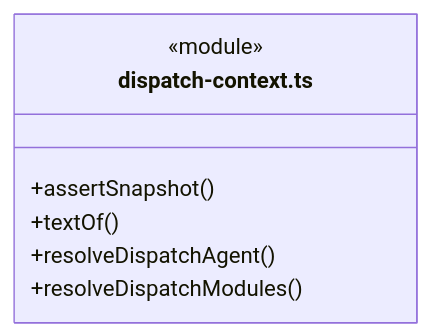
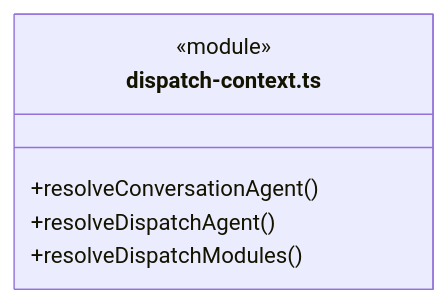
The second of 7 diagrams in src/backend/scheduler-engine/context/ARCHITECTURE.md (nan023062/cbim), drawn with Mermaid before and after one commit. The commit also changed other lines of this file and 240 other files, not shown here.

````diff
--- a/src/backend/scheduler-engine/context/ARCHITECTURE.md
+++ b/src/backend/scheduler-engine/context/ARCHITECTURE.md
@@ -20,10 +34,9 @@
 ```mermaid
 classDiagram
 class N_src_backend_scheduler_engine_context_dispatch_context_ts["dispatch-context.ts"] {
   <<module>>
-  +assertSnapshot()
-  +textOf()
+  +resolveConversationAgent()
   +resolveDispatchAgent()
   +resolveDispatchModules()
 }
 ```
````
